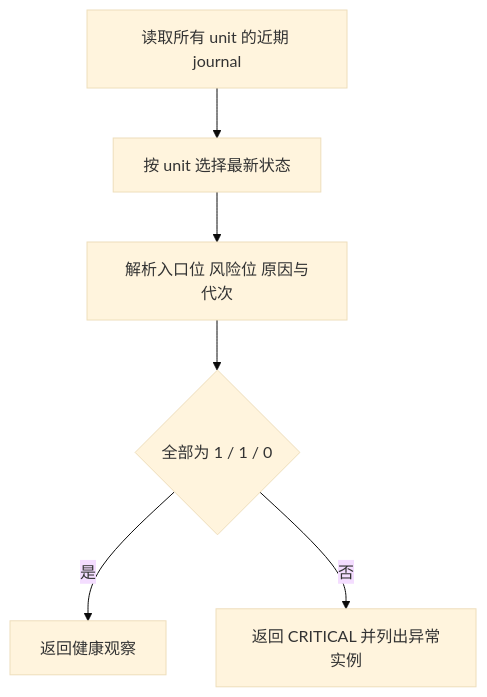
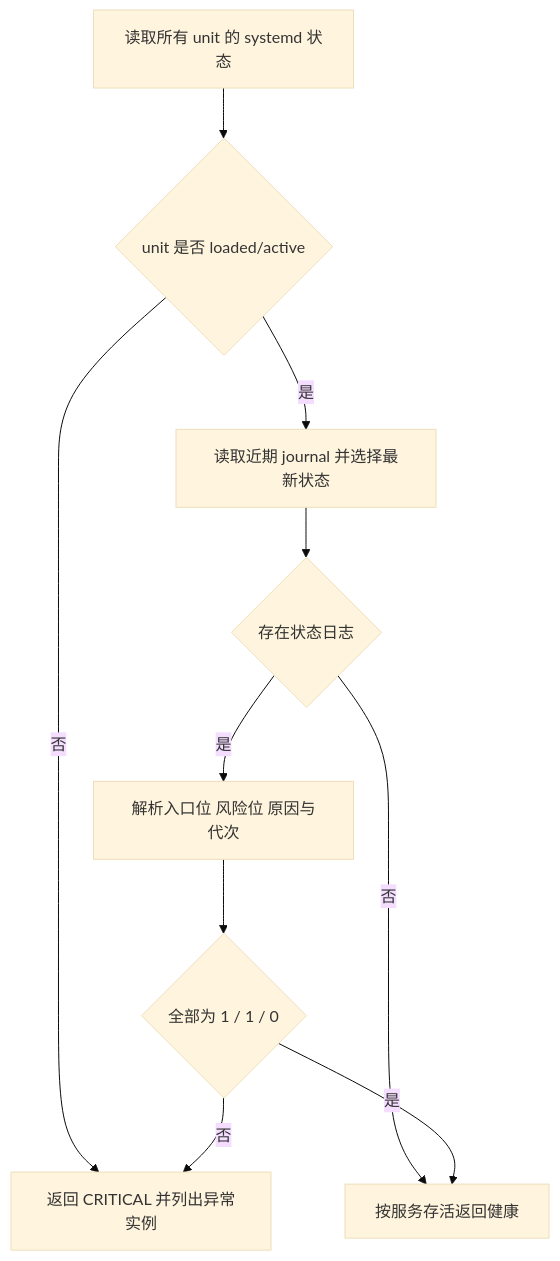
Before and after one commit to sqfzy/alertd: the diagram in docs/behavior-contracts/live-mm-entry-monitor.md, drawn with Mermaid (base theme). The commit also changed other lines of this file and 1 other file, not shown here.

Commit message:
fix(live-mm): gate entry freshness on systemd

````diff
--- a/docs/behavior-contracts/live-mm-entry-monitor.md
+++ b/docs/behavior-contracts/live-mm-entry-monitor.md
@@ -26,8 +29,12 @@
 ```mermaid
 flowchart TD
-    S1[读取所有 unit 的近期 journal] --> S2[按 unit 选择最新状态]
-    S2 --> S3[解析入口位 风险位 原因与代次]
-    S3 --> S4{全部为 1 / 1 / 0}
-    S4 -- 是 --> S5[返回健康观察]
-    S4 -- 否 --> S6[返回 CRITICAL 并列出异常实例]
+    S1[读取所有 unit 的 systemd 状态] --> S2{unit 是否 loaded/active}
+    S2 -- 否 --> S6[返回 CRITICAL 并列出异常实例]
+    S2 -- 是 --> S3[读取近期 journal 并选择最新状态]
+    S3 --> S4{存在状态日志}
+    S4 -- 否 --> S5[按服务存活返回健康]
+    S4 -- 是 --> S7[解析入口位 风险位 原因与代次]
+    S7 --> S8{全部为 1 / 1 / 0}
+    S8 -- 是 --> S5
+    S8 -- 否 --> S6
 ```
````
